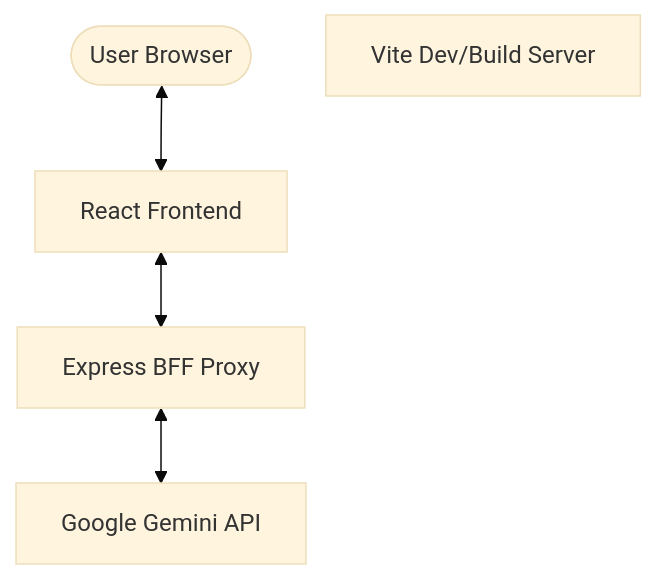
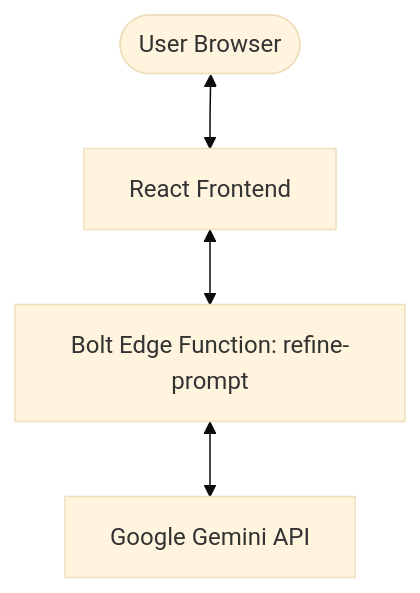
The diagram in docs/ARCHITECTURE.md (darshil0/Enterprise-Prompt-Engineering-Portal-2025), drawn with Mermaid (base theme) before and after one commit. The commit also changed other lines of this file and 16 other files, not shown here.

Commit message:
Migrate prompt-refinement endpoint to Bolt Edge Function

````diff
--- a/docs/ARCHITECTURE.md
+++ b/docs/ARCHITECTURE.md
@@ -7,12 +7,11 @@
 ```mermaid
 graph TD
     User([User Browser])
-    Vite[Vite Dev/Build Server]
     ReactApp[React Frontend]
-    BFF[Express BFF Proxy]
+    EdgeFunc[Bolt Edge Function: refine-prompt]
     Gemini[Google Gemini API]
 
     User <--> ReactApp
-    ReactApp <--> BFF
-    BFF <--> Gemini
+    ReactApp <--> EdgeFunc
+    EdgeFunc <--> Gemini
 ```
````
